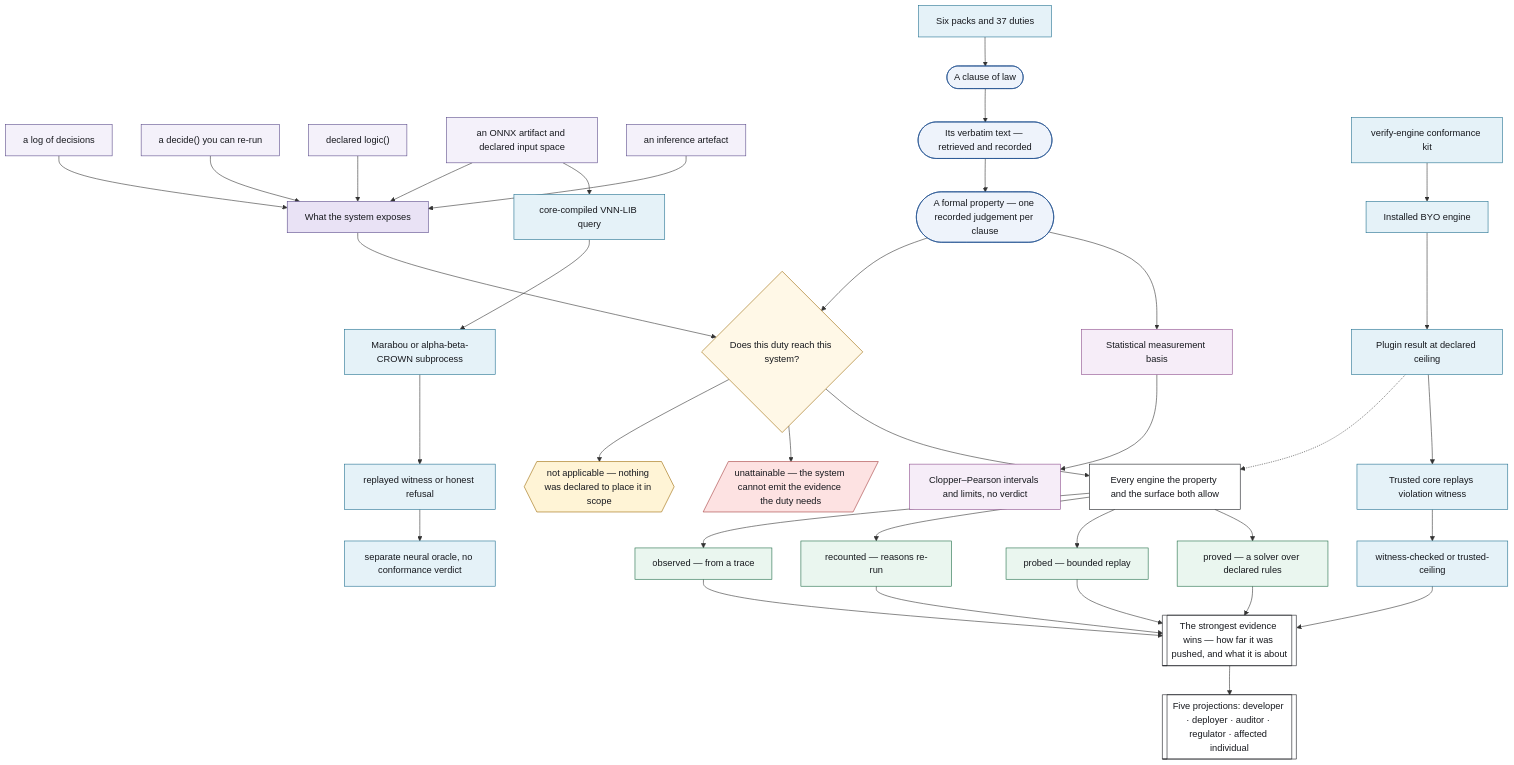
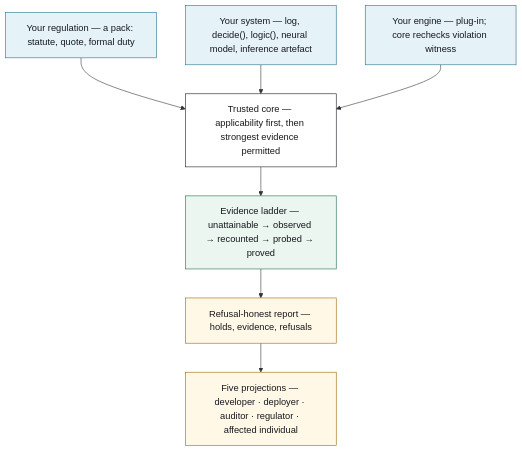
The diagram in README.md (SandroHub013/reasonsmith), drawn with Mermaid before and after one commit. The commit also changed 8 other files, not shown here.

First line of the commit message:
docs: add macro architecture overview and granular diagrams (#234)

````diff
--- a/README.md
+++ b/README.md
@@ -25,67 +25,25 @@
 ```mermaid
 flowchart TB
-    log["a log of decisions"] --> exposed
-    callable["a decide() you can re-run"] --> exposed
-    rules["declared logic()"] --> exposed
-    neural["an ONNX artifact and declared input space"] --> exposed
-    artefact["an inference artefact"] --> exposed
-    neural --> query["core-compiled VNN-LIB query"]
-    query --> verifier["Marabou or alpha-beta-CROWN subprocess"]
-    verifier --> neural_result["replayed witness or honest refusal"]
-    neural_result --> neural_boundary["separate neural oracle, no conformance verdict"]
-    exposed["What the system exposes"] --> reach
+    reg["Your regulation — a pack: statute, quote, formal duty"]
+    sut["Your system — log, decide(), logic(), neural model, inference artefact"]
+    engine["Your engine — plug-in; core rechecks violation witness"]
+    core["Trusted core — applicability first, then strongest evidence permitted"]
+    ladder["Evidence ladder — unattainable → observed → recounted → probed → proved"]
+    report["Refusal-honest report — holds, evidence, refusals"]
+    five["Five projections — developer · deployer · auditor · regulator · affected individual"]
 
-    packs["Six packs and 37 duties"] --> clause(["A clause of law"])
-    clause --> quote(["Its verbatim text — retrieved and recorded"])
-    quote --> formula(["A formal property — one recorded judgement per clause"])
-    formula --> reach{"Does this duty reach this system?"}
-    formula --> statistical["Statistical measurement basis"]
-    statistical --> measurement["Clopper–Pearson intervals and limits, no verdict"]
+    reg --> core
+    sut --> core
+    engine --> core
+    core --> ladder --> report --> five
 
-    reach --> na{{"not applicable — nothing was declared to place it in scope"}}
-    reach --> un[/"unattainable — the system cannot emit the evidence the duty needs"/]
-    reach --> ladder["Every engine the property and the surface both allow"]
+    classDef open fill:#e5f2f8,stroke:#1f6f8f,color:#16181d
+    classDef core fill:#ffffff,stroke:#16181d,color:#16181d
+    classDef rung fill:#eaf6ef,stroke:#1d6b45,color:#16181d
+    classDef report fill:#fff8e7,stroke:#9a6700,color:#16181d
 
-    ladder --> observed["observed — from a trace"]
-    ladder --> recounted["recounted — reasons re-run"]
-    ladder --> probed["probed — bounded replay"]
-    ladder --> proved["proved — a solver over declared rules"]
-
-    byo["Installed BYO engine"] --> plugin["Plugin result at declared ceiling"]
-    plugin -.-> ladder
-    plugin --> witness["Trusted core replays violation witness"]
-    witness --> provenance["witness-checked or trusted-ceiling"]
-    provenance --> verdict
-    kit["verify-engine conformance kit"] --> byo
-
-    observed --> verdict
-    recounted --> verdict
-    probed --> verdict
-    proved --> verdict
-
-    verdict[["The strongest evidence wins — how far it was pushed, and what it is about"]]
-    verdict --> five[["Five projections: developer · deployer · auditor · regulator · affected individual"]]
-
-    classDef law fill:#eef3fb,stroke:#1f4f8f,color:#16181d
-    classDef surface fill:#f4f1fa,stroke:#5b4a8a,color:#16181d
-    classDef notapp fill:#fff4d6,stroke:#9a6700,color:#16181d
-    classDef unattainable fill:#fde2e2,stroke:#a33a3a,color:#16181d
-    classDef rung fill:#eaf6ef,stroke:#1d6b45,color:#16181d
-    classDef outcome fill:#ffffff,stroke:#16181d,color:#16181d
-    classDef decision fill:#fff8e7,stroke:#9a6700,color:#16181d
-    classDef collector fill:#e9e2f5,stroke:#5b4a8a,color:#16181d
-    classDef extension fill:#e5f2f8,stroke:#1f6f8f,color:#16181d
-    classDef measurement fill:#f6edf8,stroke:#8b4a8b,color:#16181d
-
-    class clause,quote,formula law
-    class log,callable,rules,neural,artefact surface
-    class exposed collector
-    class query,verifier,neural_result,neural_boundary extension
-    class packs,kit,byo,plugin,witness,provenance extension
-    class statistical,measurement measurement
-    class reach decision
-    class na notapp
-    class un unattainable
-    class observed,recounted,probed,proved rung
-    class ladder,verdict,five outcome
+    class reg,sut,engine open
+    class core core
+    class ladder rung
+    class report,five report
 ```
````
